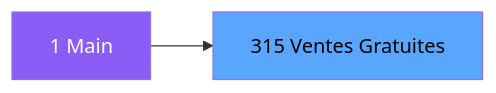
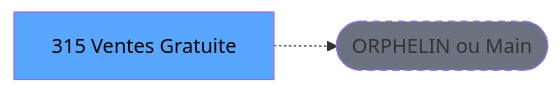
Before and after one commit to thonyAGP/lecteur-magic: the second of 3 diagrams in .openspec/specs/ADH-IDE-315.md, drawn with Mermaid. The commit also changed other lines of this file and 701 other files, not shown here.

````diff
--- a/.openspec/specs/ADH-IDE-315.md
+++ b/.openspec/specs/ADH-IDE-315.md
@@ -130,8 +136,8 @@
 ```mermaid
 graph LR
-    M[1 Main]
-    T[315 Ventes Gratuites]
-    M --> T
-    style M fill:#8b5cf6,color:#fff
+    T[315 Ventes Gratuite]
+    ORPHAN([ORPHELIN ou Main])
+    T -.-> ORPHAN
     style T fill:#58a6ff,color:#000
+    style ORPHAN fill:#6b7280,stroke-dasharray: 5 5
 ```
````
